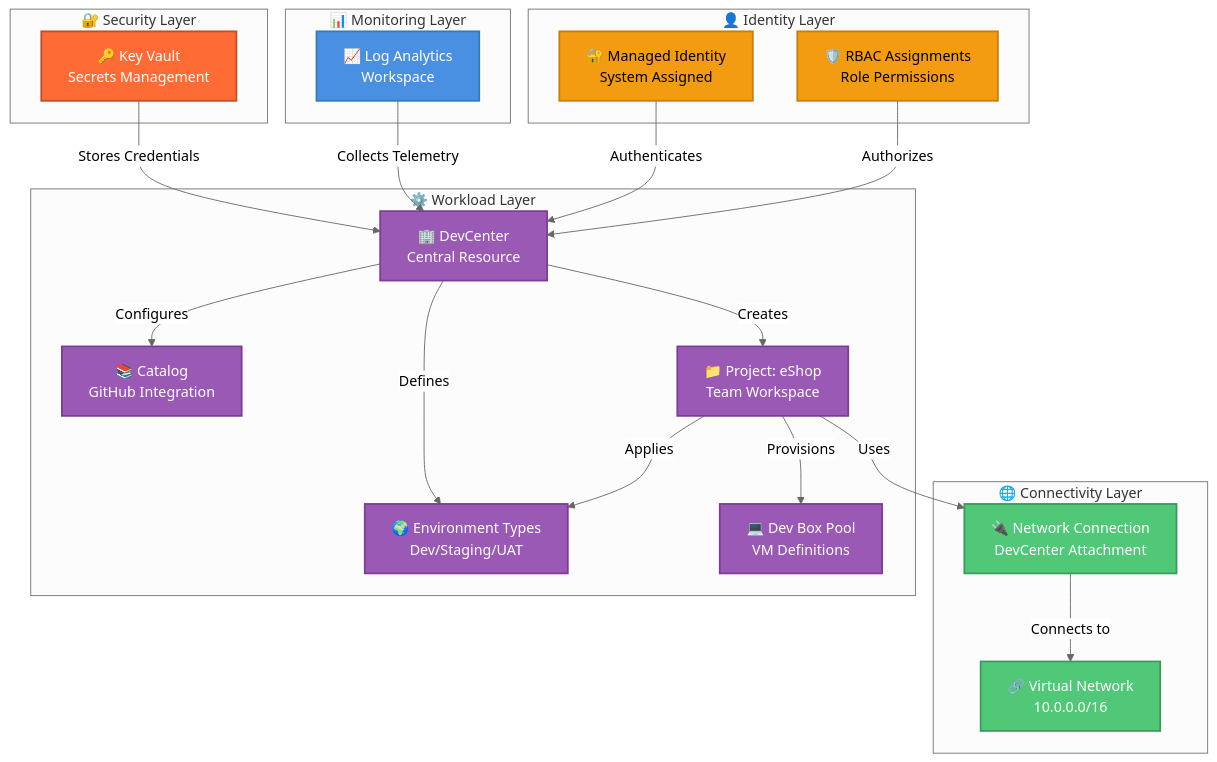
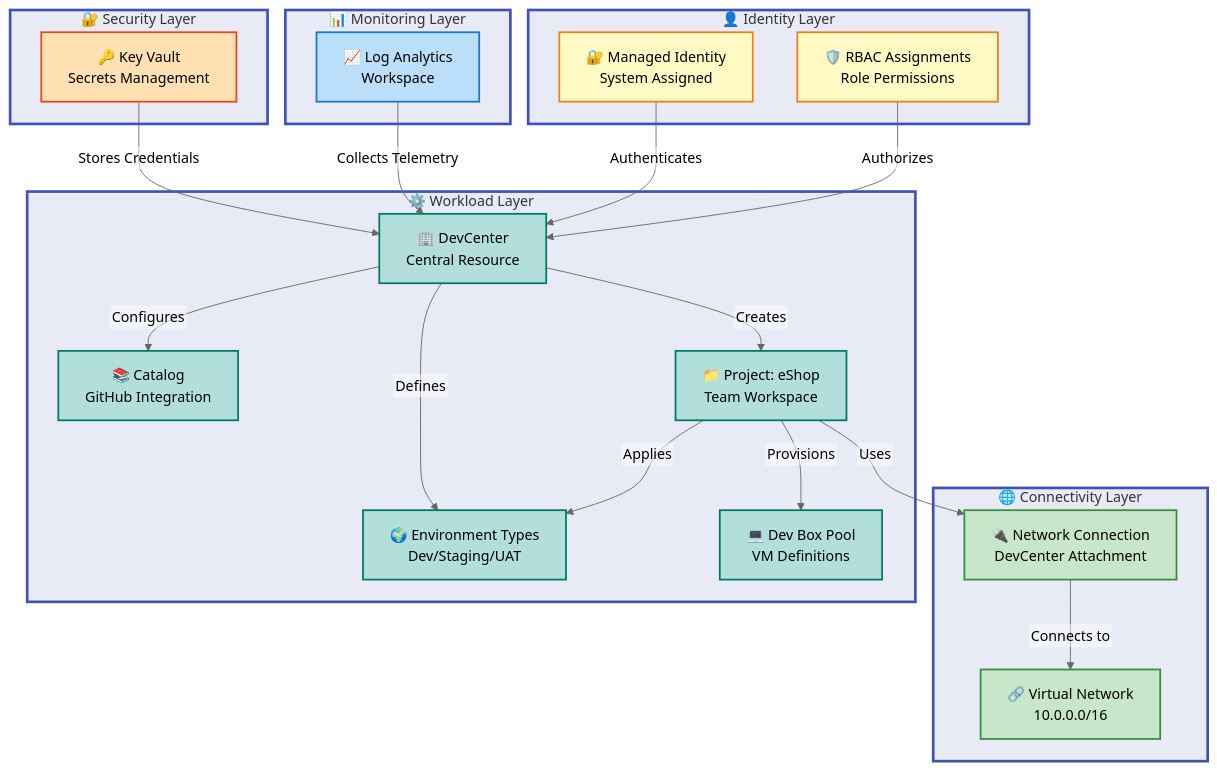
The diagram in README.md (Evilazaro/DevExp-DevBox), drawn with Mermaid (neutral theme) before and after one commit. The commit also changed other lines of this file, not shown here.

````diff
--- a/README.md
+++ b/README.md
@@ -96,49 +96,72 @@
 ```mermaid
+---
+config:
+  flowchart:
+    htmlLabels: false
+---
 flowchart TB
     accTitle: DevExp-DevBox Architecture
     accDescr: Four-layer architecture showing security, monitoring, connectivity, and workload components
+
+    %% ============================================
+    %% STANDARD COLOR SCHEME v2.1 - Material Design Compliant
+    %% ============================================
+    %% HIERARCHICAL (structural nesting):
+    %%   Level 1: #E8EAF6 (Indigo 50) - Main container
+    %% SEMANTIC (functional purpose):
+    %%   Blue=#BBDEFB (Info), Green=#C8E6C9 (Success),
+    %%   Orange=#FFE0B2 (Validate), Teal=#B2DFDB (Data),
+    %%   Yellow=#FFF9C4 (Config)
+    %% ============================================
 
     subgraph Security["🔐 Security Layer"]
         kv["🔑 Key Vault<br/>Secrets Management"]:::mdOrange
     end
 
     subgraph Monitoring["📊 Monitoring Layer"]
         law["📈 Log Analytics<br/>Workspace"]:::mdBlue
     end
 
     subgraph Connectivity["🌐 Connectivity Layer"]
         vnet["🔗 Virtual Network<br/>10.0.0.0/16"]:::mdGreen
         nc["🔌 Network Connection<br/>DevCenter Attachment"]:::mdGreen
     end
 
     subgraph Workload["⚙️ Workload Layer"]
-        dc["🏢 DevCenter<br/>Central Resource"]:::mdPurple
-        cat["📚 Catalog<br/>GitHub Integration"]:::mdPurple
-        et["🌍 Environment Types<br/>Dev/Staging/UAT"]:::mdPurple
-        proj["📁 Project: eShop<br/>Team Workspace"]:::mdPurple
-        pool["💻 Dev Box Pool<br/>VM Definitions"]:::mdPurple
+        dc["🏢 DevCenter<br/>Central Resource"]:::mdTeal
+        cat["📚 Catalog<br/>GitHub Integration"]:::mdTeal
+        et["🌍 Environment Types<br/>Dev/Staging/UAT"]:::mdTeal
+        proj["📁 Project: eShop<br/>Team Workspace"]:::mdTeal
+        pool["💻 Dev Box Pool<br/>VM Definitions"]:::mdTeal
     end
 
     subgraph Identity["👤 Identity Layer"]
         mi["🔐 Managed Identity<br/>System Assigned"]:::mdYellow
         rbac["🛡️ RBAC Assignments<br/>Role Permissions"]:::mdYellow
     end
 
     kv -->|"Stores Credentials"| dc
     law -->|"Collects Telemetry"| dc
     mi -->|"Authenticates"| dc
     rbac -->|"Authorizes"| dc
     dc -->|"Configures"| cat
     dc -->|"Defines"| et
     dc -->|"Creates"| proj
     proj -->|"Uses"| nc
     nc -->|"Connects to"| vnet
     proj -->|"Provisions"| pool
     proj -->|"Applies"| et
 
-    classDef mdOrange fill:#ff6b35,stroke:#c44d29,stroke-width:2px,color:#fff
-    classDef mdBlue fill:#4a90e2,stroke:#357abd,stroke-width:2px,color:#fff
-    classDef mdGreen fill:#50c878,stroke:#3a9b5c,stroke-width:2px,color:#fff
-    classDef mdPurple fill:#9b59b6,stroke:#7d3c98,stroke-width:2px,color:#fff
-    classDef mdYellow fill:#f39c12,stroke:#c87f0a,stroke-width:2px,color:#000
+    classDef level1Group fill:#E8EAF6,stroke:#3F51B5,stroke-width:3px,color:#000
+    classDef mdOrange fill:#FFE0B2,stroke:#E64A19,stroke-width:2px,color:#000
+    classDef mdBlue fill:#BBDEFB,stroke:#1976D2,stroke-width:2px,color:#000
+    classDef mdGreen fill:#C8E6C9,stroke:#388E3C,stroke-width:2px,color:#000
+    classDef mdTeal fill:#B2DFDB,stroke:#00796B,stroke-width:2px,color:#000
+    classDef mdYellow fill:#FFF9C4,stroke:#F57F17,stroke-width:2px,color:#000
+
+    style Security fill:#E8EAF6,stroke:#3F51B5,stroke-width:3px
+    style Monitoring fill:#E8EAF6,stroke:#3F51B5,stroke-width:3px
+    style Connectivity fill:#E8EAF6,stroke:#3F51B5,stroke-width:3px
+    style Workload fill:#E8EAF6,stroke:#3F51B5,stroke-width:3px
+    style Identity fill:#E8EAF6,stroke:#3F51B5,stroke-width:3px
 ```
````
